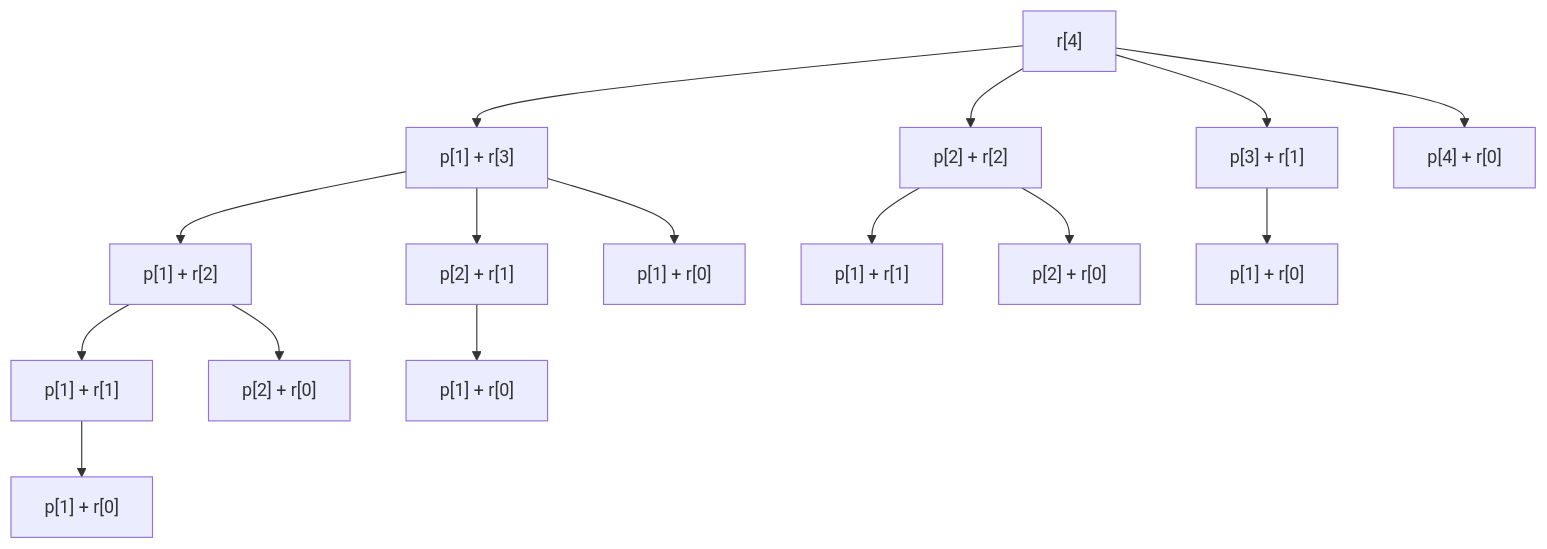
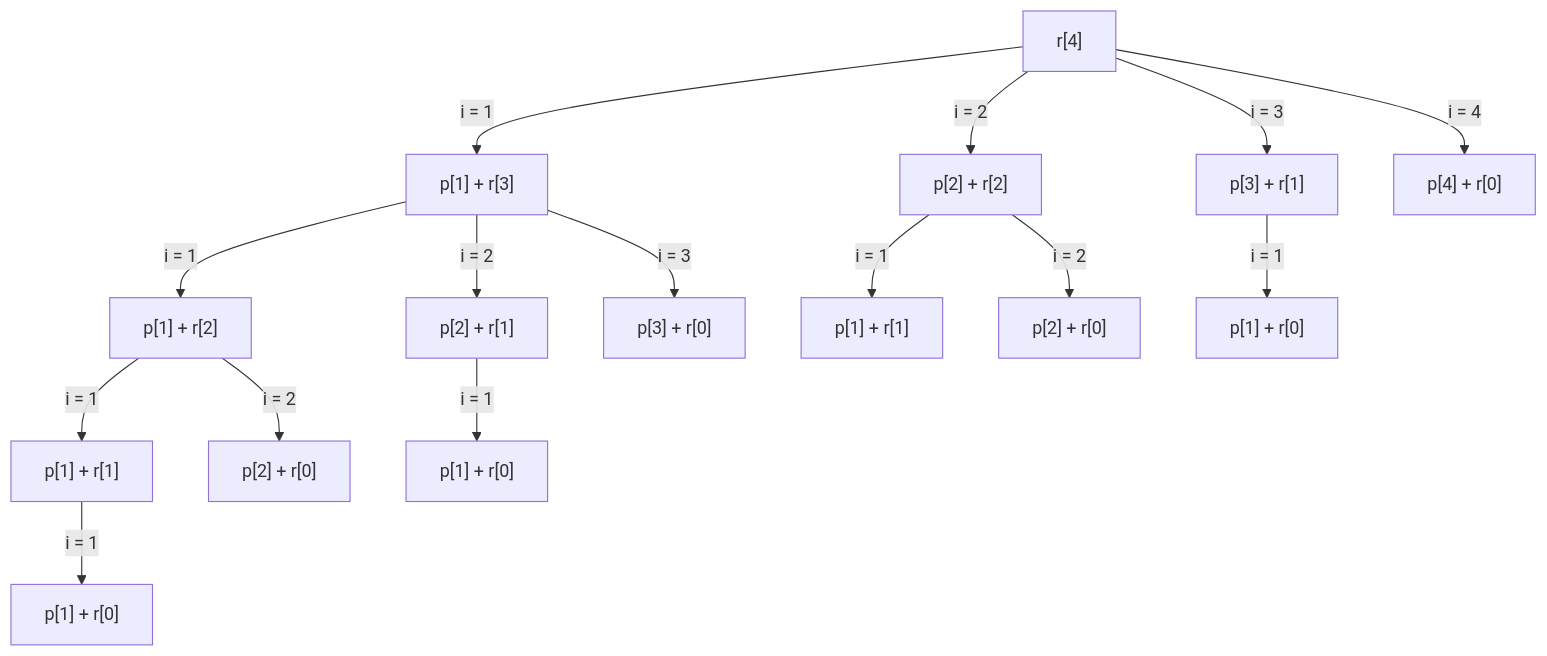
One commit to RezaAmirzadehFard/Algorithms changed the second of 2 diagrams in docs/rodCutting.md. Above: the diagram before and after it, drawn with Mermaid. The commit also changed other lines of this file, not shown here.

````diff
--- a/docs/rodCutting.md
+++ b/docs/rodCutting.md
@@ -85,15 +88,17 @@
 ```mermaid
 graph TD
-  A["r[4]"] --> B["p[1] + r[3]"] --> B1["p[1] + r[2]"] --> B2["p[1] + r[1]"]
-  A --> C["p[2] + r[2]"]
-  A --> D["p[3] + r[1]"]
-  A --> E["p[4] + r[0]"]
-  B1 --> D1["p[2] + r[0]"]
-  B2 --> E1["p[1] + r[0]"]
-  B --> G["p[2] + r[1]"]
-  G --> G1["p[1] + r[0]"]
-  B --> H["p[1] + r[0]"]
-  C --> J["p[1] + r[1]"]
-  C --> K["p[2] + r[0]"]
-  D --> L["p[1] + r[0]"]
+  A["r[4]"] -- i = 1--> B1["p[1] + r[3]"]
+  A -- i = 2 --> B2["p[2] + r[2]"]
+  A -- i = 3 --> B3["p[3] + r[1]"]
+  A -- i = 4 --> B4["p[4] + r[0]"]
+  B1 -- i = 1 --> C1["p[1] + r[2]"]
+  B1 -- i = 2 --> C2["p[2] + r[1]"]
+  B1 -- i = 3 --> C3["p[3] + r[0]"]
+  B2 -- i = 1 --> C4["p[1] + r[1]"]
+  B2 -- i = 2 --> C5["p[2] + r[0]"]
+  B3 -- i = 1 --> C6["p[1] + r[0]"]
+  C1 -- i = 1 --> D1["p[1] + r[1]"]
+  C1 -- i = 2 --> D2["p[2] + r[0]"]
+  C2 -- i = 1 --> D3["p[1] + r[0]"]
+  D1 -- i = 1 --> E1["p[1] + r[0]"]
 ```
````
